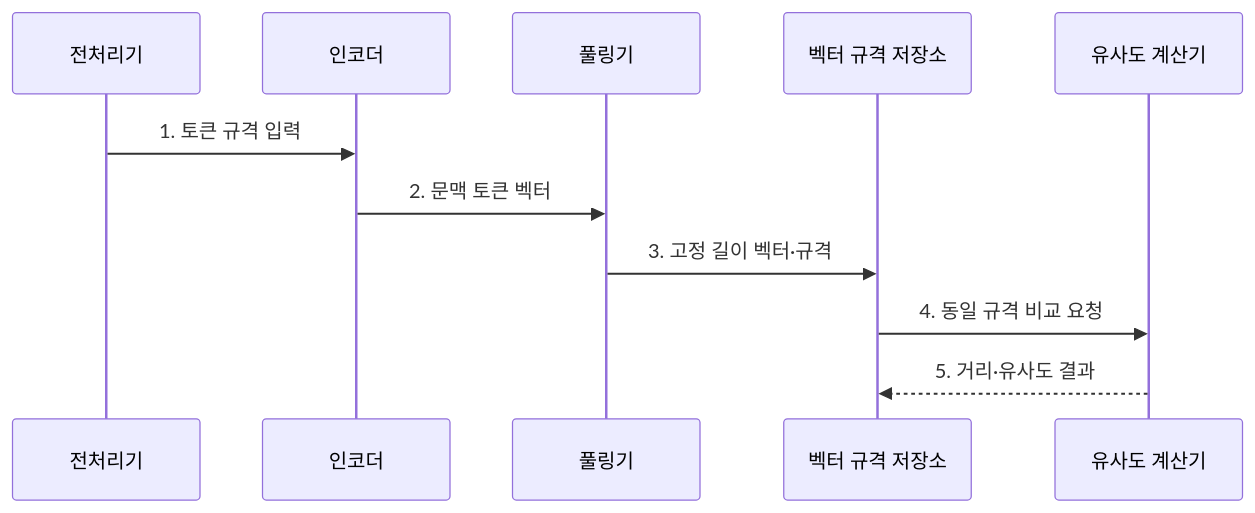
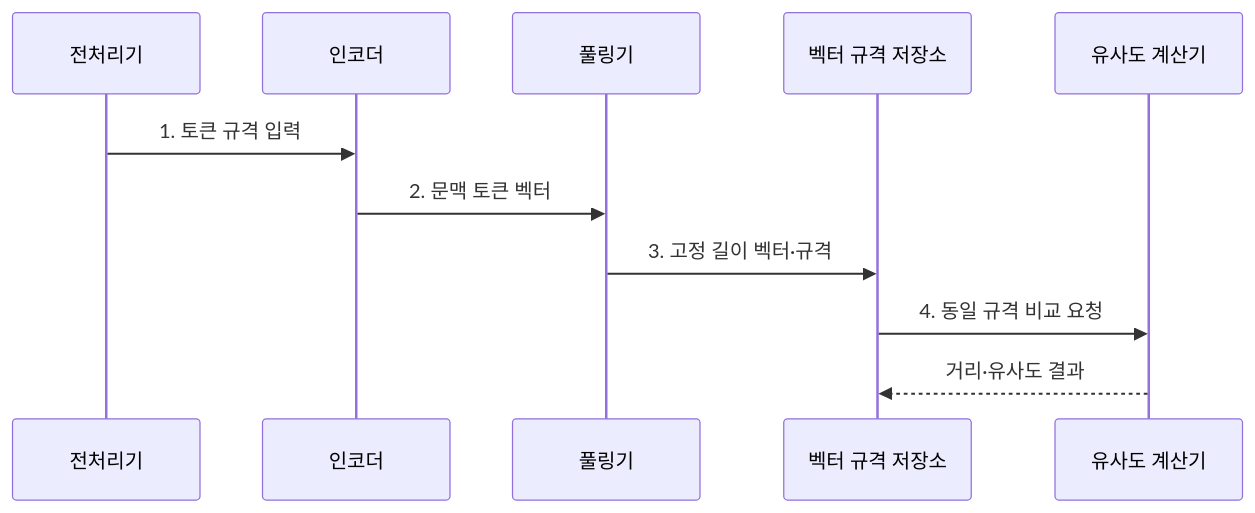
One commit to agnusdei1207/knowledge-base changed the second of 2 diagrams in src/content/docs/notes/08-latest-tech/076_embedding.md. Above: the diagram before and after it, drawn with Mermaid. The commit also changed other lines of this file and 225 other files, not shown here.

````diff
--- a/src/content/docs/notes/08-latest-tech/076_embedding.md
+++ b/src/content/docs/notes/08-latest-tech/076_embedding.md
@@ -84,13 +86,13 @@
 ```mermaid
 sequenceDiagram
   participant P as 전처리기
   participant E as 인코더
   participant O as 풀링기
   participant R as 벡터 규격 저장소
   participant S as 유사도 계산기
   P->>E: 1. 토큰 규격 입력
   E->>O: 2. 문맥 토큰 벡터
   O->>R: 3. 고정 길이 벡터·규격
   R->>S: 4. 동일 규격 비교 요청
-  S-->>R: 5. 거리·유사도 결과
+  S-->>R: 거리·유사도 결과
 ```
````
